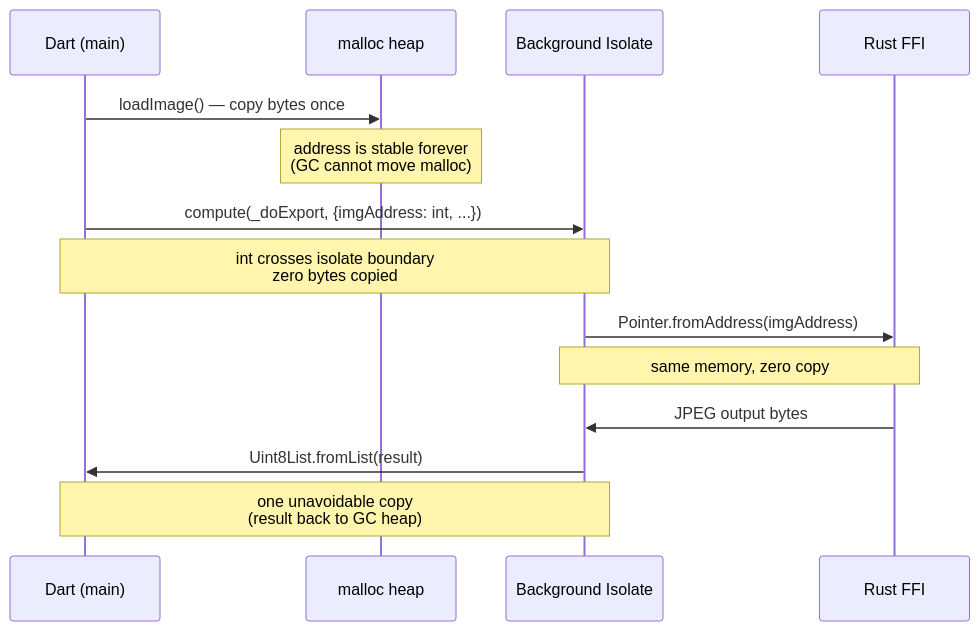
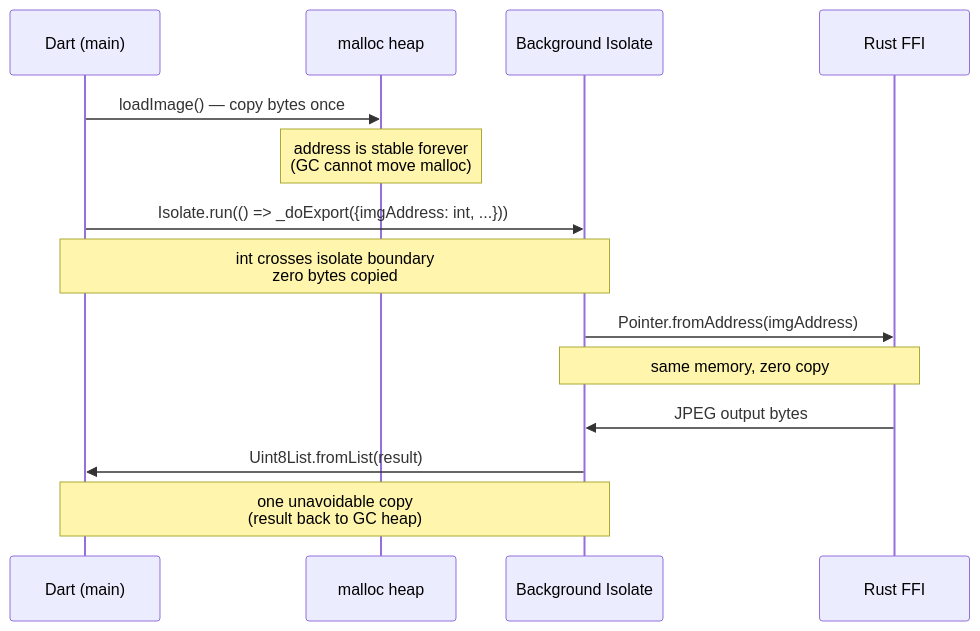
Before and after one commit to tsinis/frigate: the first of 4 diagrams in README.md, drawn with Mermaid. The commit also changed other lines of this file and 218 other files, not shown here.

````diff
--- a/README.md
+++ b/README.md
@@ -27,20 +39,20 @@
 ```mermaid
 sequenceDiagram
     participant D as Dart (main)
     participant M as malloc heap
     participant I as Background Isolate
     participant R as Rust FFI
 
     D->>M: loadImage() — copy bytes once
     Note over M: address is stable forever<br/>(GC cannot move malloc)
 
-    D->>I: compute(_doExport, {imgAddress: int, ...})
+    D->>I: Isolate.run(() => _doExport({imgAddress: int, ...}))
     Note over D,I: int crosses isolate boundary<br/>zero bytes copied
 
     I->>R: Pointer.fromAddress(imgAddress)
     Note over I,R: same memory, zero copy
 
     R->>I: JPEG output bytes
     I->>D: Uint8List.fromList(result)
     Note over I,D: one unavoidable copy<br/>(result back to GC heap)
 ```
````
